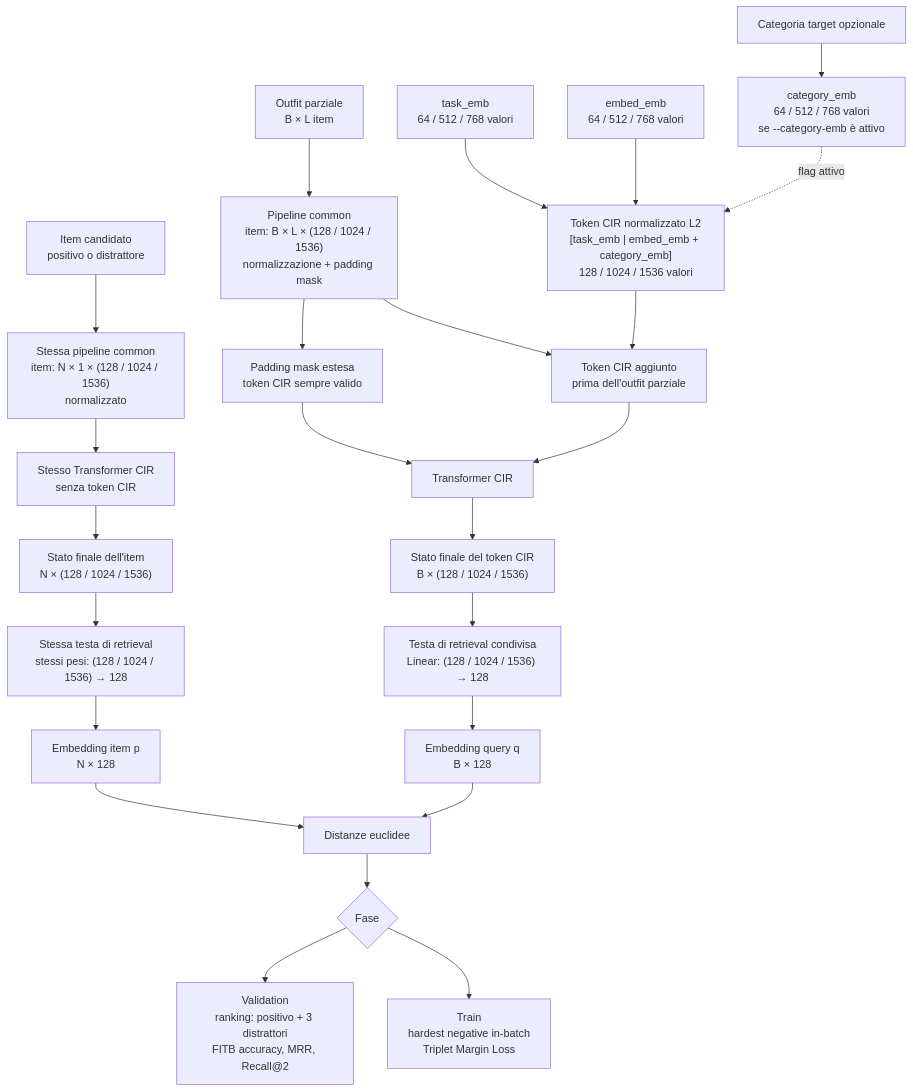
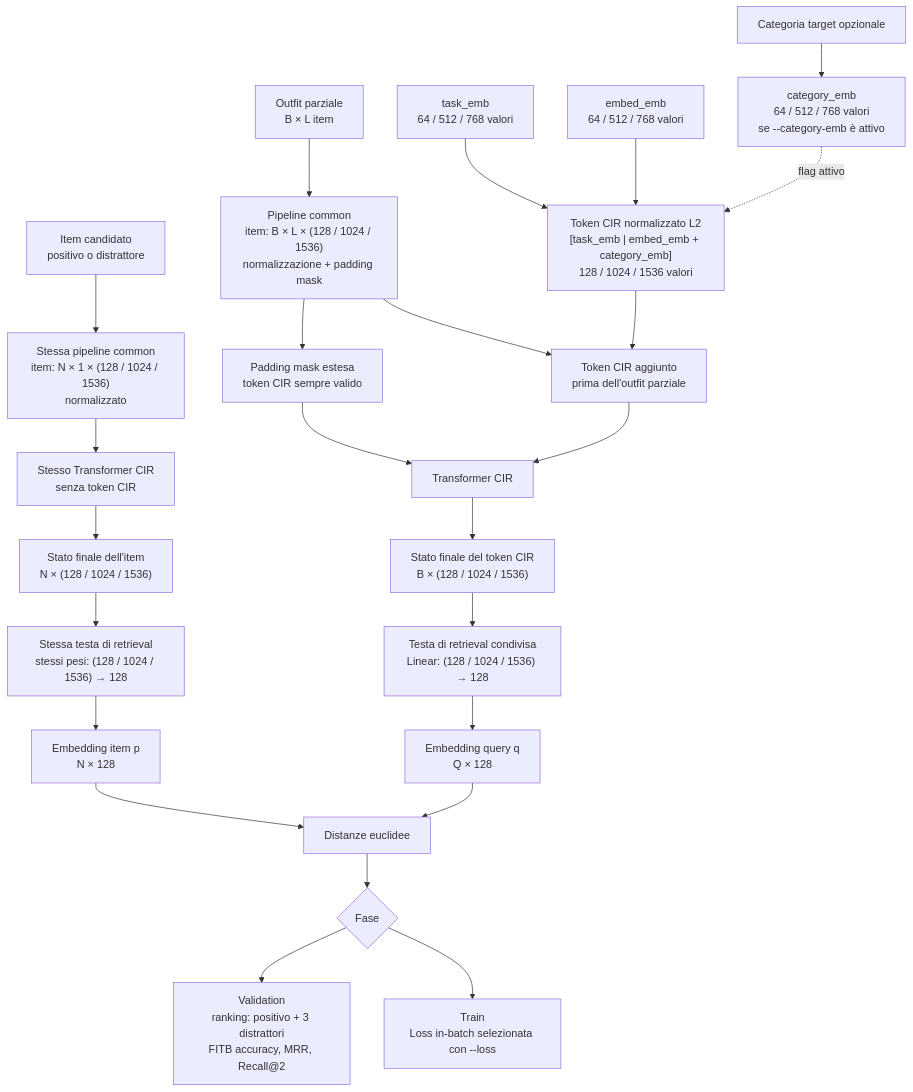
The diagram in training/CIR/README.md (FlorindoDev/OutfitTransformer), drawn with Mermaid before and after one commit. The commit also changed other lines of this file and 12 other files, not shown here.

First line of the commit message:
feat(cir): aggiungi InfoNCE e Joint con --loss

````diff
--- a/training/CIR/README.md
+++ b/training/CIR/README.md
@@ -98,56 +98,56 @@
 ```mermaid
 flowchart TD
     PARTIAL["Outfit parziale<br/>B × L item"]
     TARGET["Categoria target opzionale"]
     ITEM["Item candidato<br/>positivo o distrattore"]
 
     COMMON_QUERY["Pipeline common<br/>item: B × L × (128 / 1024 / 1536)<br/>normalizzazione + padding mask"]
     COMMON_ITEM["Stessa pipeline common<br/>item: N × 1 × (128 / 1024 / 1536)<br/>normalizzato"]
 
     TASK["task_emb<br/>64 / 512 / 768 valori"]
     EMBED["embed_emb<br/>64 / 512 / 768 valori"]
     CATEGORY["category_emb<br/>64 / 512 / 768 valori<br/>se --category-emb è attivo"]
     TOKEN["Token CIR normalizzato L2<br/>[task_emb | embed_emb + category_emb]<br/>128 / 1024 / 1536 valori"]
     QUERY_INPUT["Token CIR aggiunto<br/>prima dell'outfit parziale"]
     MASK["Padding mask estesa<br/>token CIR sempre valido"]
 
     CIR_QUERY["Transformer CIR"]
     CIR_ITEM["Stesso Transformer CIR<br/>senza token CIR"]
     QUERY_STATE["Stato finale del token CIR<br/>B × (128 / 1024 / 1536)"]
     ITEM_STATE["Stato finale dell'item<br/>N × (128 / 1024 / 1536)"]
     QUERY_HEAD["Testa di retrieval condivisa<br/>Linear: (128 / 1024 / 1536) → 128"]
     ITEM_HEAD["Stessa testa di retrieval<br/>stessi pesi: (128 / 1024 / 1536) → 128"]
-    QUERY_VECTOR["Embedding query q<br/>B × 128"]
+    QUERY_VECTOR["Embedding query q<br/>Q × 128"]
     ITEM_VECTOR["Embedding item p<br/>N × 128"]
 
     DISTANCE["Distanze euclidee"]
     TRAIN{"Fase"}
-    TRIPLET["Train<br/>hardest negative in-batch<br/>Triplet Margin Loss"]
+    LOSS["Train<br/>Loss in-batch selezionata con --loss"]
     FITB["Validation<br/>ranking: positivo + 3 distrattori<br/>FITB accuracy, MRR, Recall@2"]
 
     PARTIAL --> COMMON_QUERY
     COMMON_QUERY --> QUERY_INPUT
     COMMON_QUERY --> MASK
     TASK --> TOKEN
     EMBED --> TOKEN
     TARGET --> CATEGORY
     CATEGORY -. flag attivo .-> TOKEN
     TOKEN --> QUERY_INPUT
     QUERY_INPUT --> CIR_QUERY
     MASK --> CIR_QUERY
     CIR_QUERY --> QUERY_STATE
     QUERY_STATE --> QUERY_HEAD
     QUERY_HEAD --> QUERY_VECTOR
 
     ITEM --> COMMON_ITEM
     COMMON_ITEM --> CIR_ITEM
     CIR_ITEM --> ITEM_STATE
     ITEM_STATE --> ITEM_HEAD
     ITEM_HEAD --> ITEM_VECTOR
 
     QUERY_VECTOR --> DISTANCE
     ITEM_VECTOR --> DISTANCE
     DISTANCE --> TRAIN
-    TRAIN --> TRIPLET
+    TRAIN --> LOSS
     TRAIN --> FITB
 ```
````
